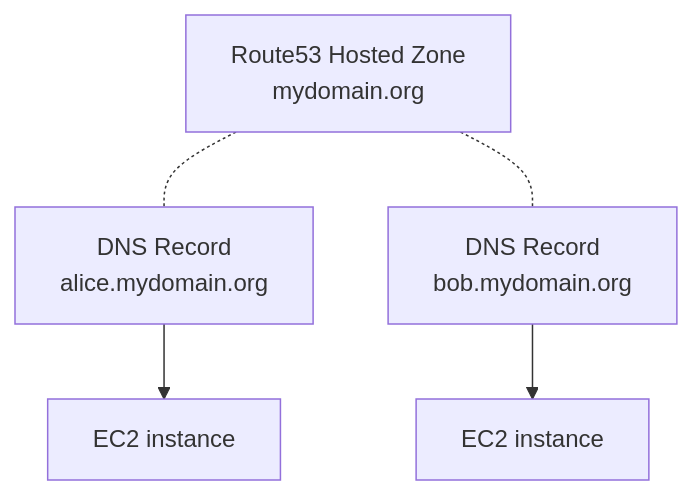
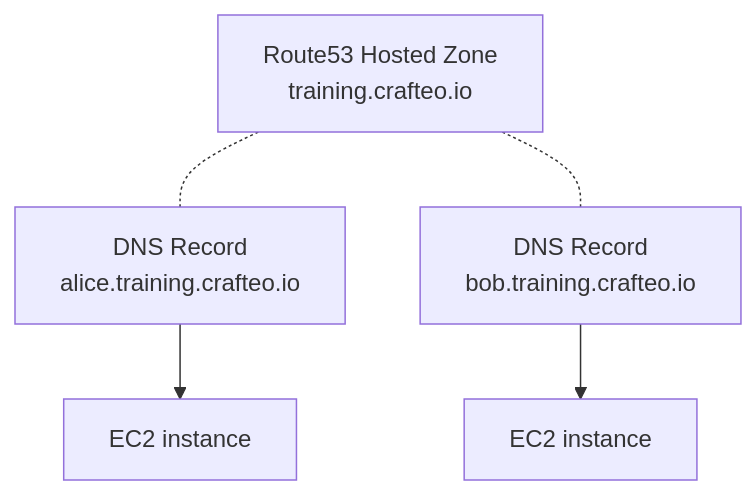
One commit to PierreBeucher/cloud-sandbox-manager changed the diagram in README.md. Above: the diagram before and after it, drawn with Mermaid. The commit also changed other lines of this file, not shown here.

````diff
--- a/README.md
+++ b/README.md
@@ -13,16 +13,16 @@
 ```mermaid
 graph TD
-    HZ[Route53 Hosted Zone<br>mydomain.org]
+    HZ[Route53 Hosted Zone<br>training.crafteo.io]
     
-    DNSA[DNS Record<br>alice.mydomain.org]
-    DNSB[DNS Record<br>bob.mydomain.org]
+    DNSA[DNS Record<br>alice.training.crafteo.io]
+    DNSB[DNS Record<br>bob.training.crafteo.io]
     
     EC2A[EC2 instance]
     EC2B[EC2 instance]
 
     HZ-.-DNSA
     HZ-.-DNSB
 
     DNSA-->EC2A
     DNSB-->EC2B
 ```
````
